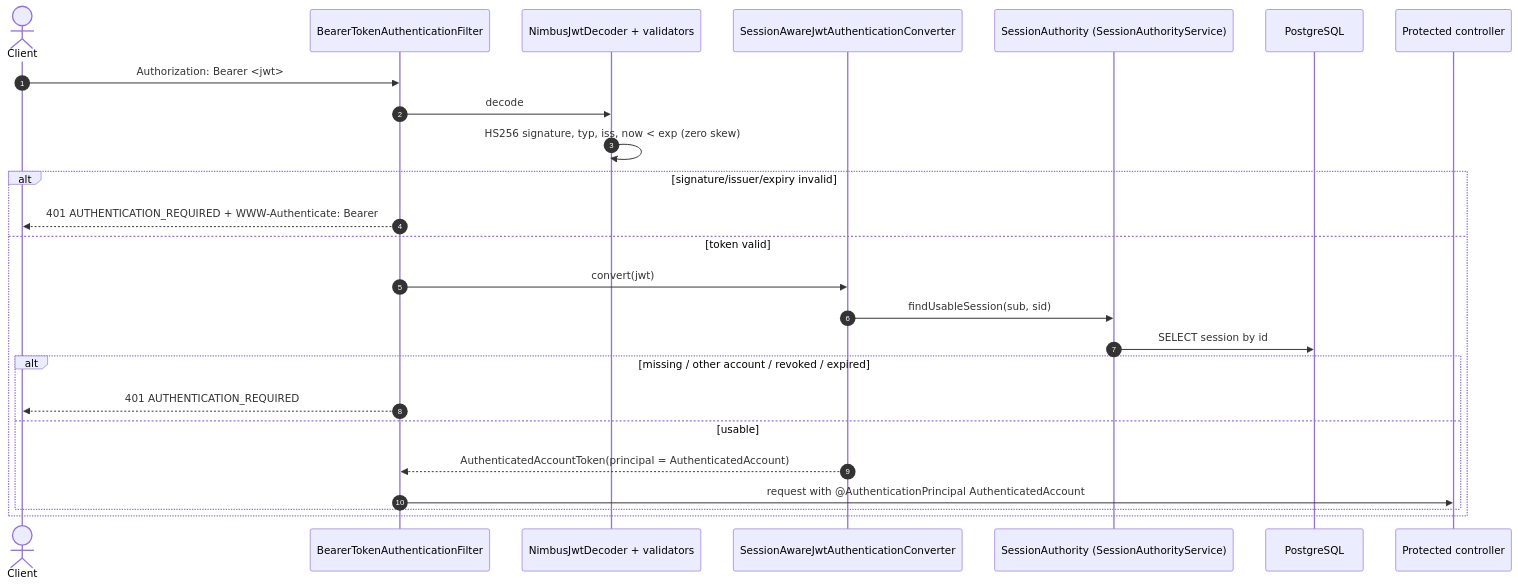
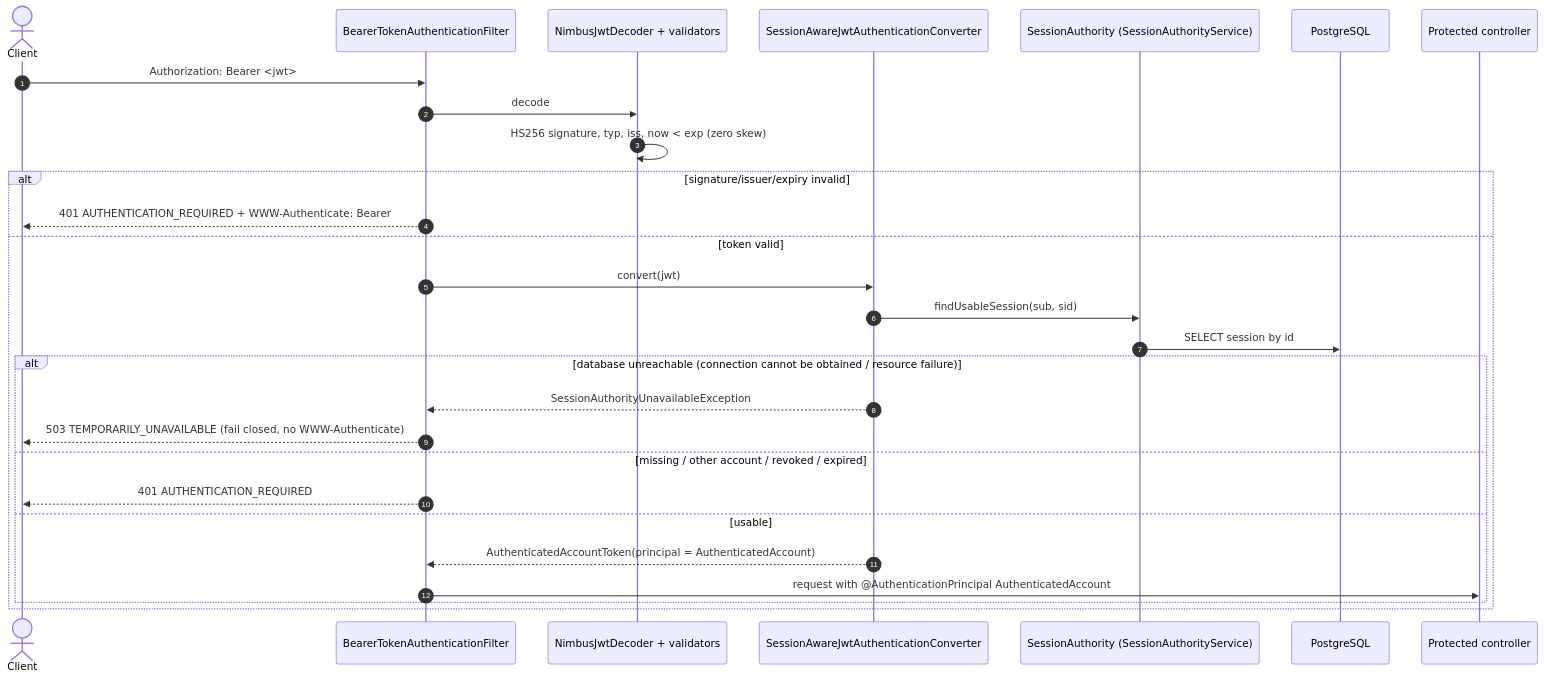
The fifth of 8 diagrams in docs/06-scrum/sprints/sprint-01/implementation-guides/shared-architecture.md (luubinhdeptrai/CapsuleAI), drawn with Mermaid before and after one commit. The commit also changed other lines of this file and 5 other files, not shown here.

````diff
--- a/docs/06-scrum/sprints/sprint-01/implementation-guides/shared-architecture.md
+++ b/docs/06-scrum/sprints/sprint-01/implementation-guides/shared-architecture.md
@@ -331,27 +337,30 @@
 ```mermaid
 sequenceDiagram
     autonumber
     actor C as Client
     participant F as BearerTokenAuthenticationFilter
     participant JD as NimbusJwtDecoder + validators
     participant CV as SessionAwareJwtAuthenticationConverter
     participant SA as SessionAuthority (SessionAuthorityService)
     participant DB as PostgreSQL
     participant H as Protected controller
     C->>F: Authorization: Bearer <jwt>
     F->>JD: decode
     JD->>JD: HS256 signature, typ, iss, now < exp (zero skew)
     alt signature/issuer/expiry invalid
         F-->>C: 401 AUTHENTICATION_REQUIRED + WWW-Authenticate: Bearer
     else token valid
         F->>CV: convert(jwt)
         CV->>SA: findUsableSession(sub, sid)
         SA->>DB: SELECT session by id
-        alt missing / other account / revoked / expired
+        alt database unreachable (connection cannot be obtained / resource failure)
+            CV-->>F: SessionAuthorityUnavailableException
+            F-->>C: 503 TEMPORARILY_UNAVAILABLE (fail closed, no WWW-Authenticate)
+        else missing / other account / revoked / expired
             F-->>C: 401 AUTHENTICATION_REQUIRED
         else usable
             CV-->>F: AuthenticatedAccountToken(principal = AuthenticatedAccount)
             F->>H: request with @AuthenticationPrincipal AuthenticatedAccount
         end
     end
 ```
````
